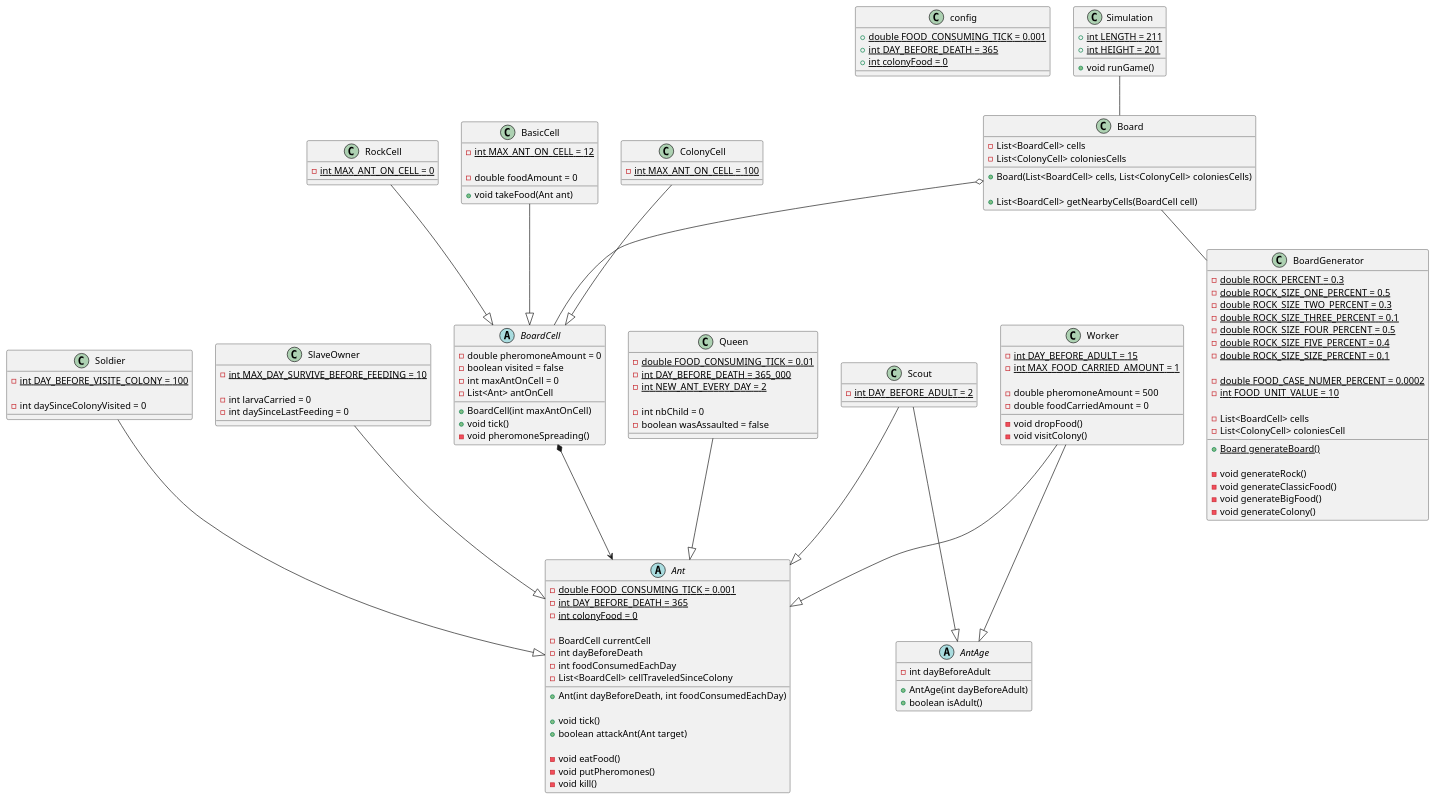
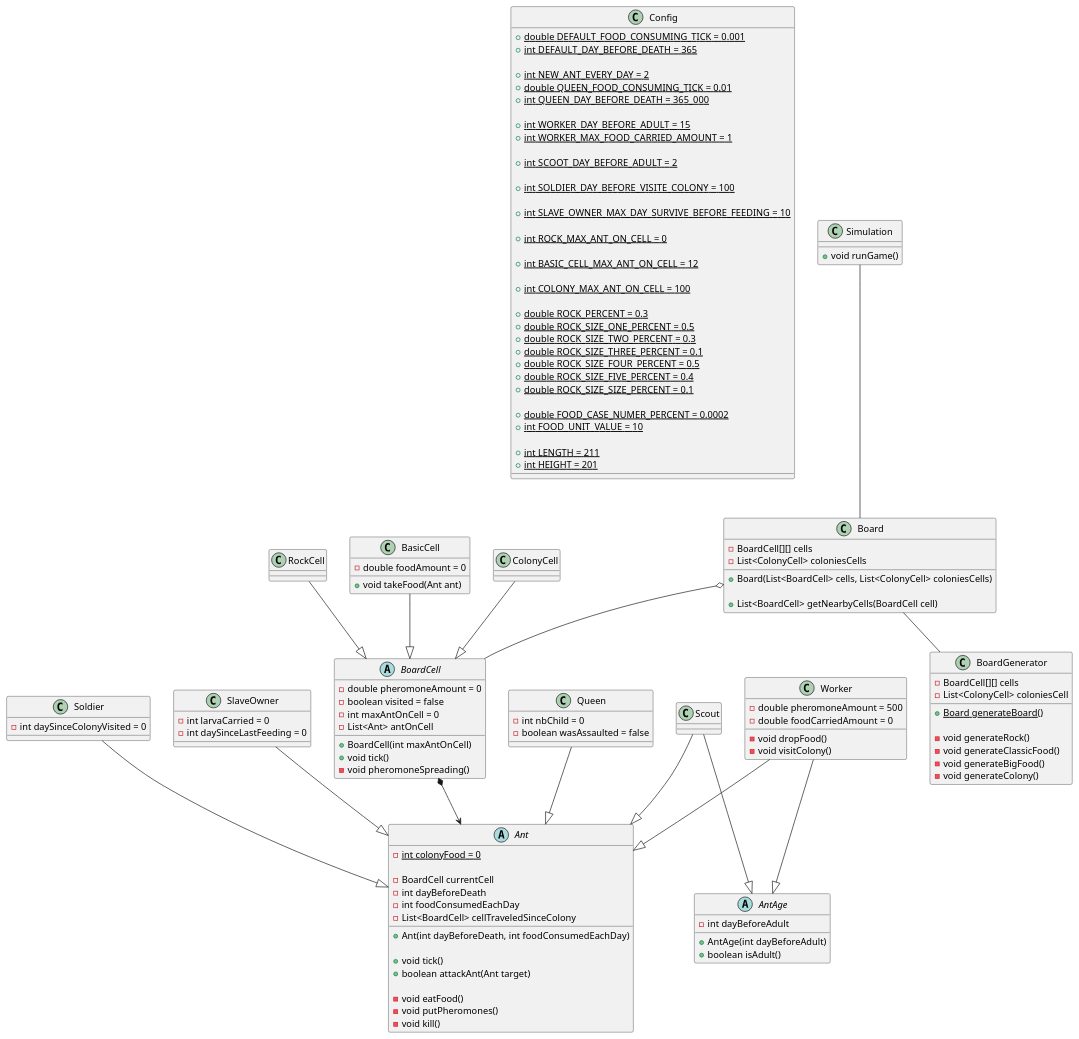
Before and after one commit to AntoninHuaut/aledlesfourmis: the diagram in Doc/class_diagram.puml, drawn with PlantUML.

```diff
--- a/Doc/class_diagram.puml
+++ b/Doc/class_diagram.puml
@@ -1,159 +1,162 @@
 @startuml Ant
 
-class config {
-    + {static} double FOOD_CONSUMING_TICK = 0.001
-    + {static} int DAY_BEFORE_DEATH = 365
-    + {static} int colonyFood = 0
+class Config {
+    + {static} double DEFAULT_FOOD_CONSUMING_TICK = 0.001
+    + {static} int DEFAULT_DAY_BEFORE_DEATH = 365
+
+    + {static} int NEW_ANT_EVERY_DAY = 2    
+    + {static} double QUEEN_FOOD_CONSUMING_TICK = 0.01
+    + {static} int QUEEN_DAY_BEFORE_DEATH = 365_000
+
+    + {static} int WORKER_DAY_BEFORE_ADULT = 15
+    + {static} int WORKER_MAX_FOOD_CARRIED_AMOUNT = 1
+
+    + {static} int SCOOT_DAY_BEFORE_ADULT = 2
+
+    + {static} int SOLDIER_DAY_BEFORE_VISITE_COLONY = 100
+
+    + {static} int SLAVE_OWNER_MAX_DAY_SURVIVE_BEFORE_FEEDING = 10
+
+    + {static} int ROCK_MAX_ANT_ON_CELL = 0
+
+    + {static} int BASIC_CELL_MAX_ANT_ON_CELL = 12
+
+    + {static} int COLONY_MAX_ANT_ON_CELL = 100
+
+    + {static} double ROCK_PERCENT = 0.3
+    + {static} double ROCK_SIZE_ONE_PERCENT = 0.5
+    + {static} double ROCK_SIZE_TWO_PERCENT = 0.3
+    + {static} double ROCK_SIZE_THREE_PERCENT = 0.1
+    + {static} double ROCK_SIZE_FOUR_PERCENT = 0.5
+    + {static} double ROCK_SIZE_FIVE_PERCENT = 0.4
+    + {static} double ROCK_SIZE_SIZE_PERCENT = 0.1
+
+    + {static} double FOOD_CASE_NUMER_PERCENT = 0.0002
+    + {static} int FOOD_UNIT_VALUE = 10
+
+    + {static} int LENGTH = 211
+    + {static} int HEIGHT = 201
 }
 
 abstract class Ant {
-    - {static} double FOOD_CONSUMING_TICK = 0.001
-    - {static} int DAY_BEFORE_DEATH = 365
     - {static} int colonyFood = 0
     
     - BoardCell currentCell
     - int dayBeforeDeath
     - int foodConsumedEachDay
     - List<BoardCell> cellTraveledSinceColony
     
     + Ant(int dayBeforeDeath, int foodConsumedEachDay)
 
     + void tick()
     + boolean attackAnt(Ant target)
 
     - void eatFood()
     - void putPheromones()
     - void kill()
 }
 
 class Queen {
-    - {static} double FOOD_CONSUMING_TICK = 0.01
-    - {static} int DAY_BEFORE_DEATH = 365_000
-    - {static} int NEW_ANT_EVERY_DAY = 2
-
     - int nbChild = 0
     - boolean wasAssaulted = false
 }
 
 abstract class AntAge {
     + AntAge(int dayBeforeAdult)
 
     - int dayBeforeAdult
 
     + boolean isAdult()
 }
 
 class Worker {
-    - {static} int DAY_BEFORE_ADULT = 15
-    - {static} int MAX_FOOD_CARRIED_AMOUNT = 1
-
     - double pheromoneAmount = 500
     - double foodCarriedAmount = 0
 
     - void dropFood()
     - void visitColony()
 }
 
 class Scout {
-    - {static} int DAY_BEFORE_ADULT = 2
+    
 }
 
 class Soldier {
-    - {static} int DAY_BEFORE_VISITE_COLONY = 100
-
     - int daySinceColonyVisited = 0
 }
 
 class SlaveOwner {
-    - {static} int MAX_DAY_SURVIVE_BEFORE_FEEDING = 10
-
     - int larvaCarried = 0
     - int daySinceLastFeeding = 0
 }
 
 abstract class BoardCell {
     - double pheromoneAmount = 0
     - boolean visited = false
     - int maxAntOnCell = 0
     - List<Ant> antOnCell
 
     + BoardCell(int maxAntOnCell)
     + void tick()
     - void pheromoneSpreading()
 }
 
 class RockCell {
-    - {static} int MAX_ANT_ON_CELL = 0
+    
 }
 
 class BasicCell {
-    - {static} int MAX_ANT_ON_CELL = 12
-
     - double foodAmount = 0
 
     + void takeFood(Ant ant)
 }
 
 class ColonyCell {
-    - {static} int MAX_ANT_ON_CELL = 100
+    
 }
 
 class Board {
-    - List<BoardCell> cells
+    - BoardCell[][] cells
     - List<ColonyCell> coloniesCells
 
     + Board(List<BoardCell> cells, List<ColonyCell> coloniesCells)
     
     + List<BoardCell> getNearbyCells(BoardCell cell)
 }
 
 class BoardGenerator {
-    - {static} double ROCK_PERCENT = 0.3
-    - {static} double ROCK_SIZE_ONE_PERCENT = 0.5
-    - {static} double ROCK_SIZE_TWO_PERCENT = 0.3
-    - {static} double ROCK_SIZE_THREE_PERCENT = 0.1
-    - {static} double ROCK_SIZE_FOUR_PERCENT = 0.5
-    - {static} double ROCK_SIZE_FIVE_PERCENT = 0.4
-    - {static} double ROCK_SIZE_SIZE_PERCENT = 0.1
-
-    - {static} double FOOD_CASE_NUMER_PERCENT = 0.0002
-    - {static} int FOOD_UNIT_VALUE = 10
-
-    - List<BoardCell> cells
+    - BoardCell[][] cells
     - List<ColonyCell> coloniesCell
 
     + {static} Board generateBoard()
 
     - void generateRock()
     - void generateClassicFood()
     - void generateBigFood()
     - void generateColony()
 }
 
 class Simulation {
-    + {static} int LENGTH = 211
-    + {static} int HEIGHT = 201
-
     + void runGame()
 }
 
 RockCell --|> BoardCell
 BasicCell --|> BoardCell
 ColonyCell --|> BoardCell
 
 Simulation -- Board
 Board -- BoardGenerator
 Board o-- BoardCell
 
 BoardCell *--> Ant
 
 Worker --|> AntAge
 Scout --|> AntAge
 
 Worker --|> Ant
 Scout --|> Ant
 Soldier --|> Ant
 SlaveOwner --|> Ant
 Queen --|> Ant
 
 @enduml
```
